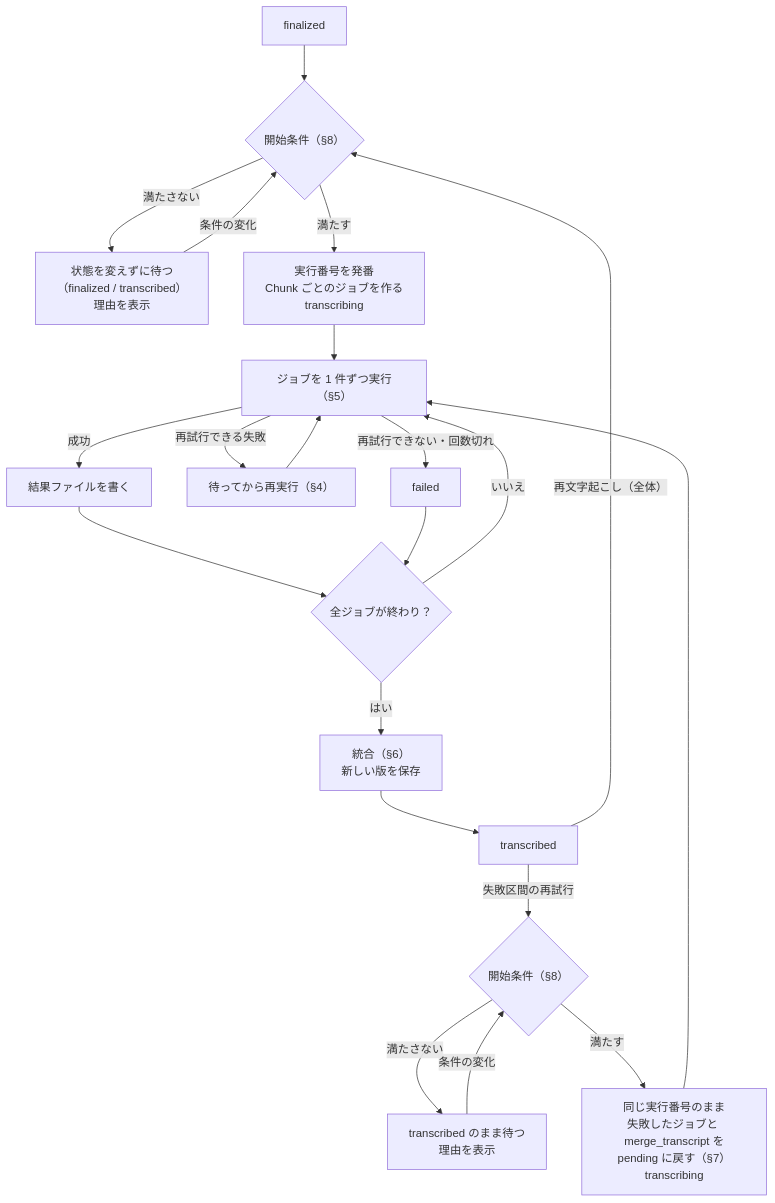
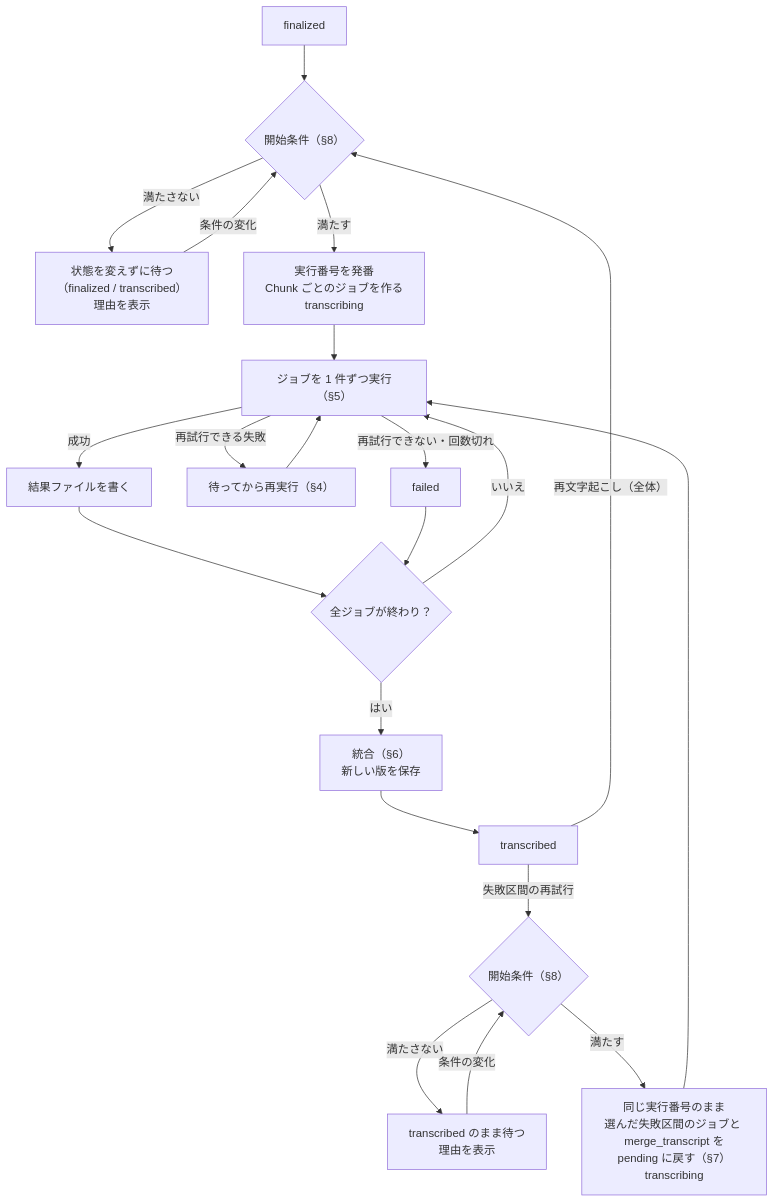
Before and after one commit to myoshi2891/Minutes-Mobile: the first of 2 diagrams in docs/02-basic-design/transcription.md, drawn with Mermaid. The commit also changed other lines of this file and 4 other files, not shown here.

````diff
--- a/docs/02-basic-design/transcription.md
+++ b/docs/02-basic-design/transcription.md
@@ -39,23 +39,23 @@
 ```mermaid
 flowchart TB
     F["finalized"] --> C{"開始条件（§8）"}
     C -->|"満たさない"| W["状態を変えずに待つ<br/>（finalized / transcribed）<br/>理由を表示"]
     W -->|"条件の変化"| C
     C -->|"満たす"| R["実行番号を発番<br/>Chunk ごとのジョブを作る<br/>transcribing"]
     R --> J["ジョブを 1 件ずつ実行（§5）"]
     J -->|"成功"| O["結果ファイルを書く"]
     J -->|"再試行できる失敗"| B["待ってから再実行（§4）"]
     B --> J
     J -->|"再試行できない・回数切れ"| X["failed"]
     O --> A{"全ジョブが終わり？"}
     X --> A
     A -->|"いいえ"| J
     A -->|"はい"| M["統合（§6）<br/>新しい版を保存"]
     M --> T["transcribed"]
     T -->|"再文字起こし（全体）"| C
     T -->|"失敗区間の再試行"| C2{"開始条件（§8）"}
     C2 -->|"満たさない"| W2["transcribed のまま待つ<br/>理由を表示"]
     W2 -->|"条件の変化"| C2
-    C2 -->|"満たす"| RT["同じ実行番号のまま<br/>失敗したジョブと merge_transcript を<br/>pending に戻す（§7）<br/>transcribing"]
+    C2 -->|"満たす"| RT["同じ実行番号のまま<br/>選んだ失敗区間のジョブと merge_transcript を<br/>pending に戻す（§7）<br/>transcribing"]
     RT --> J
 ```
````
